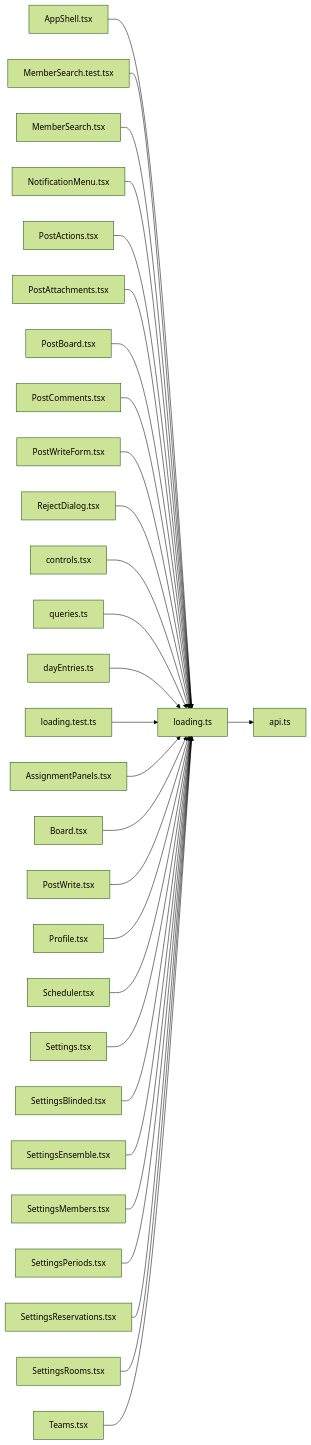
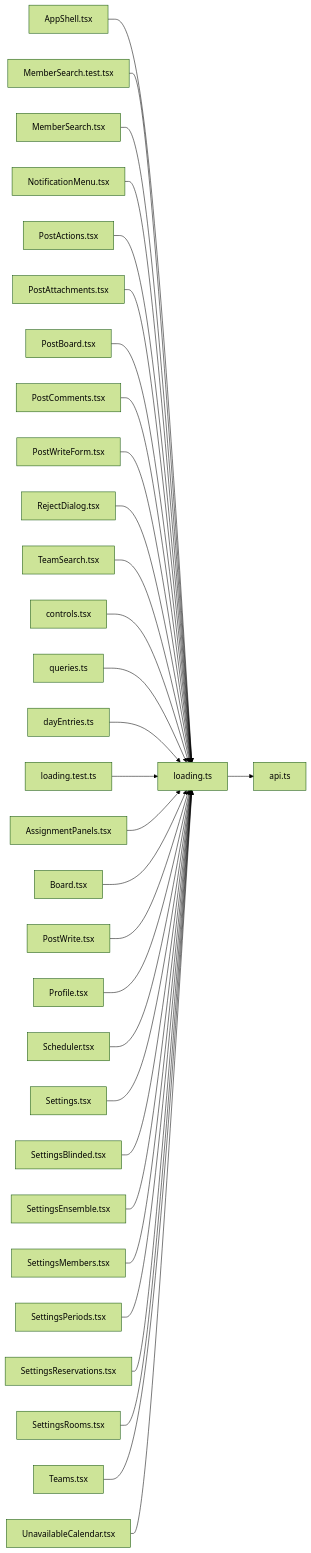
One commit to minkong-dev/Banblit changed the diagram in .cluedoc/graph/frontend/src/lib/loading.md. Above: the diagram before and after it, drawn with Mermaid (forest theme). The commit also changed other lines of this file and 45 other files, not shown here.

First line of the commit message:
frontend: show unavailable times as a member calendar and a team heatmap

````diff
--- a/.cluedoc/graph/frontend/src/lib/loading.md
+++ b/.cluedoc/graph/frontend/src/lib/loading.md
@@ -10,32 +10,34 @@
 ```mermaid
 flowchart LR
   frontend_src_lib_loading["loading.ts"]
   frontend_src_lib_loading --> frontend_src_lib_api["api.ts"]
   frontend_src_components_AppShell["AppShell.tsx"] --> frontend_src_lib_loading
   frontend_src_components_MemberSearch_test["MemberSearch.test.tsx"] --> frontend_src_lib_loading
   frontend_src_components_MemberSearch["MemberSearch.tsx"] --> frontend_src_lib_loading
   frontend_src_components_NotificationMenu["NotificationMenu.tsx"] --> frontend_src_lib_loading
   frontend_src_components_PostActions["PostActions.tsx"] --> frontend_src_lib_loading
   frontend_src_components_PostAttachments["PostAttachments.tsx"] --> frontend_src_lib_loading
   frontend_src_components_PostBoard["PostBoard.tsx"] --> frontend_src_lib_loading
   frontend_src_components_PostComments["PostComments.tsx"] --> frontend_src_lib_loading
   frontend_src_components_PostWriteForm["PostWriteForm.tsx"] --> frontend_src_lib_loading
   frontend_src_components_RejectDialog["RejectDialog.tsx"] --> frontend_src_lib_loading
+  frontend_src_components_TeamSearch["TeamSearch.tsx"] --> frontend_src_lib_loading
   frontend_src_components_controls["controls.tsx"] --> frontend_src_lib_loading
   frontend_src_components_queries["queries.ts"] --> frontend_src_lib_loading
   frontend_src_lib_dayEntries["dayEntries.ts"] --> frontend_src_lib_loading
   frontend_src_lib_loading_test["loading.test.ts"] --> frontend_src_lib_loading
   frontend_src_routes_AssignmentPanels["AssignmentPanels.tsx"] --> frontend_src_lib_loading
   frontend_src_routes_Board["Board.tsx"] --> frontend_src_lib_loading
   frontend_src_routes_PostWrite["PostWrite.tsx"] --> frontend_src_lib_loading
   frontend_src_routes_Profile["Profile.tsx"] --> frontend_src_lib_loading
   frontend_src_routes_Scheduler["Scheduler.tsx"] --> frontend_src_lib_loading
   frontend_src_routes_Settings["Settings.tsx"] --> frontend_src_lib_loading
   frontend_src_routes_SettingsBlinded["SettingsBlinded.tsx"] --> frontend_src_lib_loading
   frontend_src_routes_SettingsEnsemble["SettingsEnsemble.tsx"] --> frontend_src_lib_loading
   frontend_src_routes_SettingsMembers["SettingsMembers.tsx"] --> frontend_src_lib_loading
   frontend_src_routes_SettingsPeriods["SettingsPeriods.tsx"] --> frontend_src_lib_loading
   frontend_src_routes_SettingsReservations["SettingsReservations.tsx"] --> frontend_src_lib_loading
   frontend_src_routes_SettingsRooms["SettingsRooms.tsx"] --> frontend_src_lib_loading
   frontend_src_routes_Teams["Teams.tsx"] --> frontend_src_lib_loading
+  frontend_src_routes_UnavailableCalendar["UnavailableCalendar.tsx"] --> frontend_src_lib_loading
 ```
````
